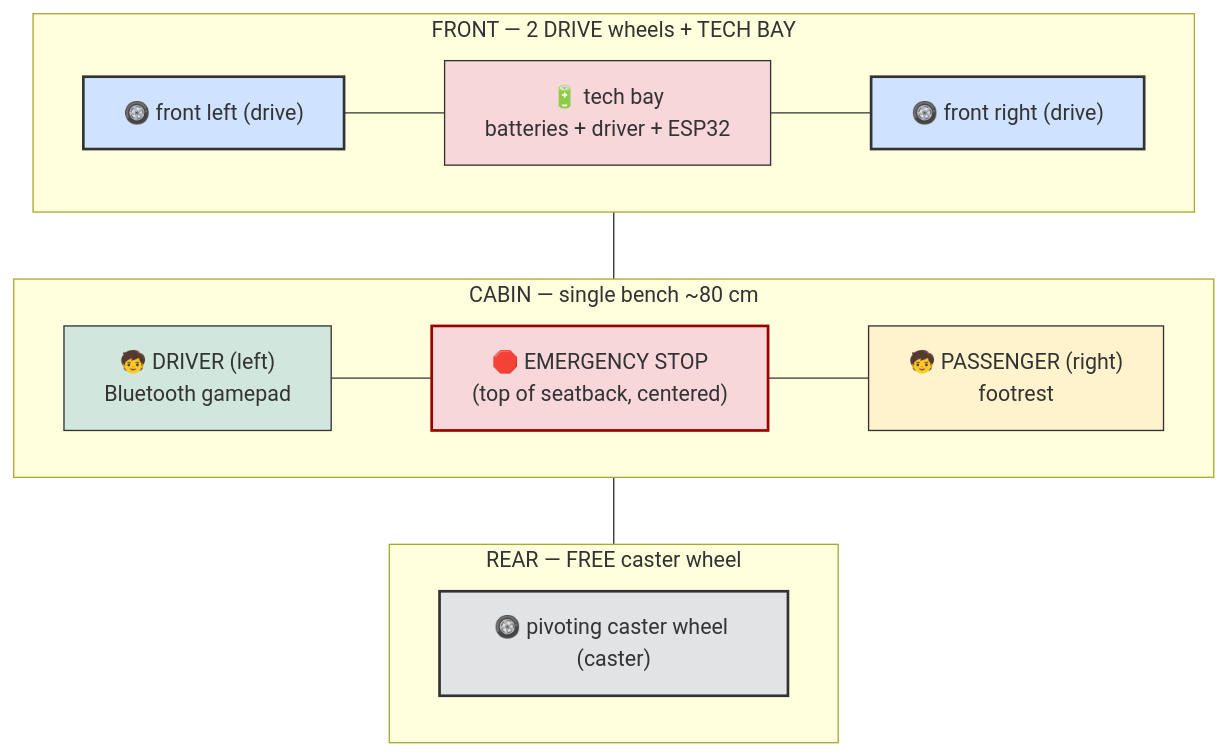
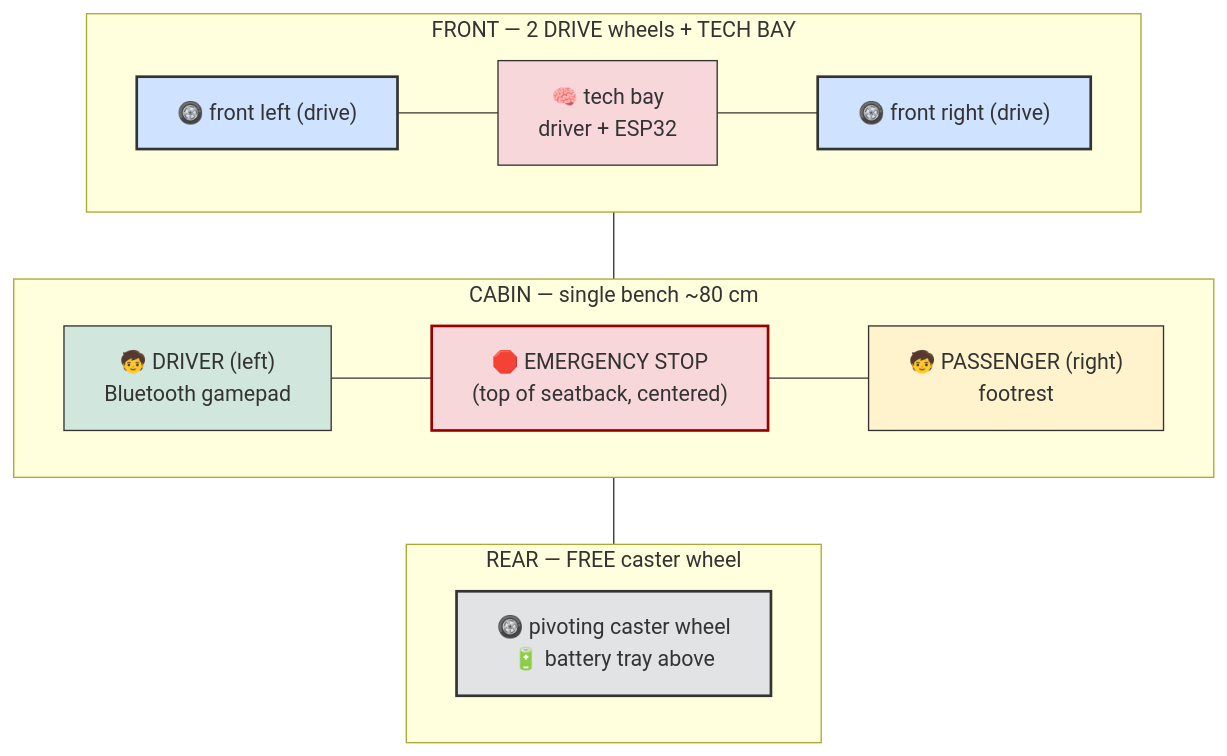
Before and after one commit to pinkymaxou/powered-soapbox-car: the third of 9 diagrams in README.md, drawn with Mermaid. The commit also changed other lines of this file and 8 other files, not shown here.

````diff
--- a/README.md
+++ b/README.md
@@ -195,32 +196,32 @@
 ```mermaid
 flowchart TB
     subgraph AV["FRONT — 2 DRIVE wheels + TECH BAY"]
         RAVG["🛞 front left (drive)"]
-        BAY["🔋 tech bay<br/>batteries + driver + ESP32"]
+        BAY["🧠 tech bay<br/>driver + ESP32"]
         RAVD["🛞 front right (drive)"]
         RAVG --- BAY --- RAVD
     end
     subgraph HAB["CABIN — single bench ~80 cm"]
         COND["🧒 DRIVER (left)<br/>Bluetooth gamepad"]
         SEP["🛑 EMERGENCY STOP<br/>(top of seatback, centered)"]
         PASS["🧒 PASSENGER (right)<br/>footrest"]
         COND --- SEP --- PASS
     end
     subgraph AR["REAR — FREE caster wheel"]
-        RARC["🛞 pivoting caster wheel (caster)"]
+        RARC["🛞 pivoting caster wheel<br/>🔋 battery tray above"]
     end
     AV --- HAB --- AR
 
     classDef wheel fill:#cfe2ff,stroke:#333,stroke-width:2px;
     classDef caster fill:#e2e3e5,stroke:#333,stroke-width:2px;
     classDef drv fill:#d1e7dd,stroke:#333;
     classDef pas fill:#fff3cd,stroke:#333;
     classDef elec fill:#f8d7da,stroke:#333;
     classDef estop fill:#f8d7da,stroke:#900,stroke-width:2px;
     class RAVG,RAVD wheel;
     class RARC caster;
     class COND drv;
     class PASS pas;
     class BAY elec;
     class SEP estop;
 ```
````
